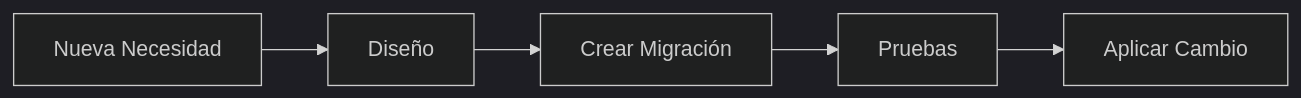
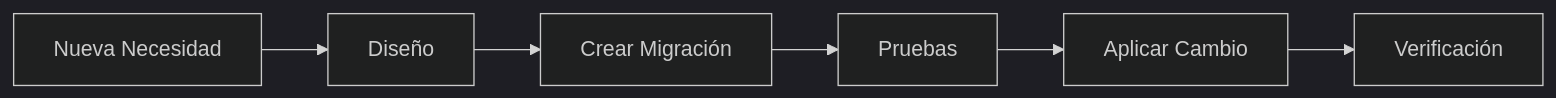
Diagram 24 of 30 in docs/050_BaseDatos.md (chirijose79-ui/Chiri), drawn with Mermaid (dark theme) before and after one commit. The commit also changed other lines of this file, not shown here.

Commit message:
docs(database): finalize PostgreSQL architecture

````diff
--- a/docs/050_BaseDatos.md
+++ b/docs/050_BaseDatos.md
@@ -1497,19 +1983,22 @@
-```mermaid id="9m4q7x"
+```mermaid
 flowchart LR
 
     Requirement["Nueva Necesidad"]
 
     Design["Diseño"]
 
     Migration["Crear Migración"]
 
     Test["Pruebas"]
 
     Deploy["Aplicar Cambio"]
 
+    Verification["Verificación"]
+
 
     Requirement --> Design
     Design --> Migration
     Migration --> Test
     Test --> Deploy
+    Deploy --> Verification
 ```
````
